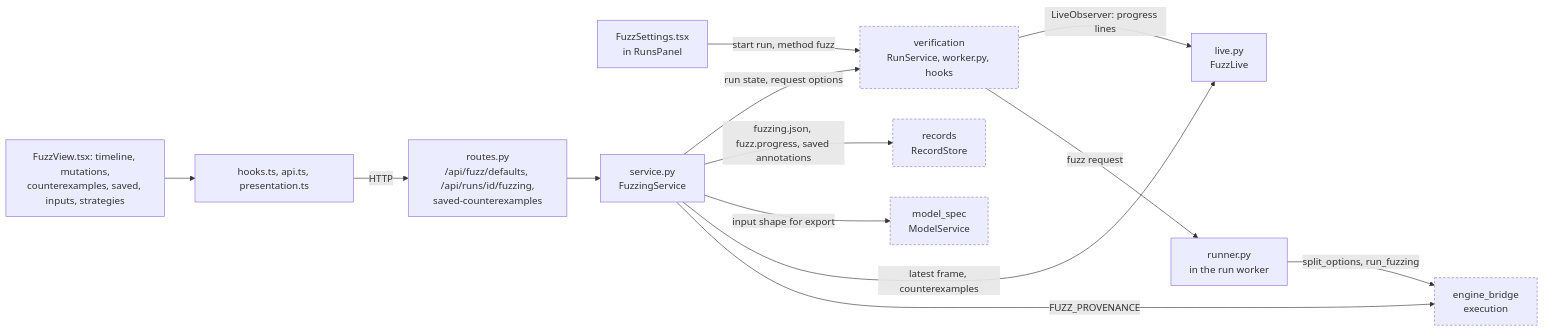
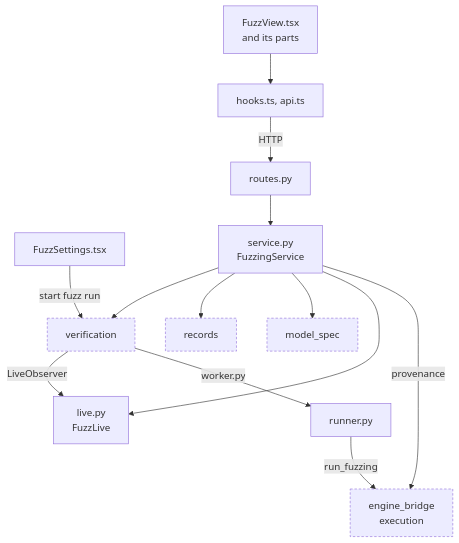
The diagram in visual_bench/fuzzing/README.md (SVF-tools/ACT-GUI), drawn with Mermaid before and after one commit. The commit also changed 17 other files, not shown here.

Commit message:
lay out the README flow diagrams top-down so they stay legible on GitHub

````diff
--- a/visual_bench/fuzzing/README.md
+++ b/visual_bench/fuzzing/README.md
@@ -43,27 +43,24 @@
 ```mermaid
-flowchart LR
+flowchart TB
   classDef ext stroke-dasharray: 4 3
-  Set["FuzzSettings.tsx<br/>in RunsPanel"]
-  FV["FuzzView.tsx: timeline, mutations,<br/>counterexamples, saved, inputs, strategies"]
-  H["hooks.ts, api.ts, presentation.ts"]
-  R["routes.py<br/>/api/fuzz/defaults, /api/runs/id/fuzzing,<br/>saved-counterexamples"]
+  Set["FuzzSettings.tsx"]
+  FV["FuzzView.tsx<br/>and its parts"]
+  H["hooks.ts, api.ts"]
+  R["routes.py"]
   S["service.py<br/>FuzzingService"]
   Live["live.py<br/>FuzzLive"]
-  Run["runner.py<br/>in the run worker"]
-  VER["verification<br/>RunService, worker.py, hooks"]:::ext
-  REC["records<br/>RecordStore"]:::ext
-  MS["model_spec<br/>ModelService"]:::ext
+  Run["runner.py"]
+  VER["verification"]:::ext
+  REC["records"]:::ext
+  MS["model_spec"]:::ext
   EB["engine_bridge<br/>execution"]:::ext
-  Set -- "start run, method fuzz" --> VER
+  Set -- "start fuzz run" --> VER
   FV --> H
   H -- "HTTP" --> R
   R --> S
-  S -- "run state, request options" --> VER
-  S -- "fuzzing.json, fuzz.progress, saved annotations" --> REC
-  S -- "input shape for export" --> MS
-  S -- "latest frame, counterexamples" --> Live
-  S -- "FUZZ_PROVENANCE" --> EB
-  VER -- "LiveObserver: progress lines" --> Live
-  VER -- "fuzz request" --> Run
-  Run -- "split_options, run_fuzzing" --> EB
+  S --> VER & REC & MS & Live
+  S -- "provenance" --> EB
+  VER -- "LiveObserver" --> Live
+  VER -- "worker.py" --> Run
+  Run -- "run_fuzzing" --> EB
 ```
````
